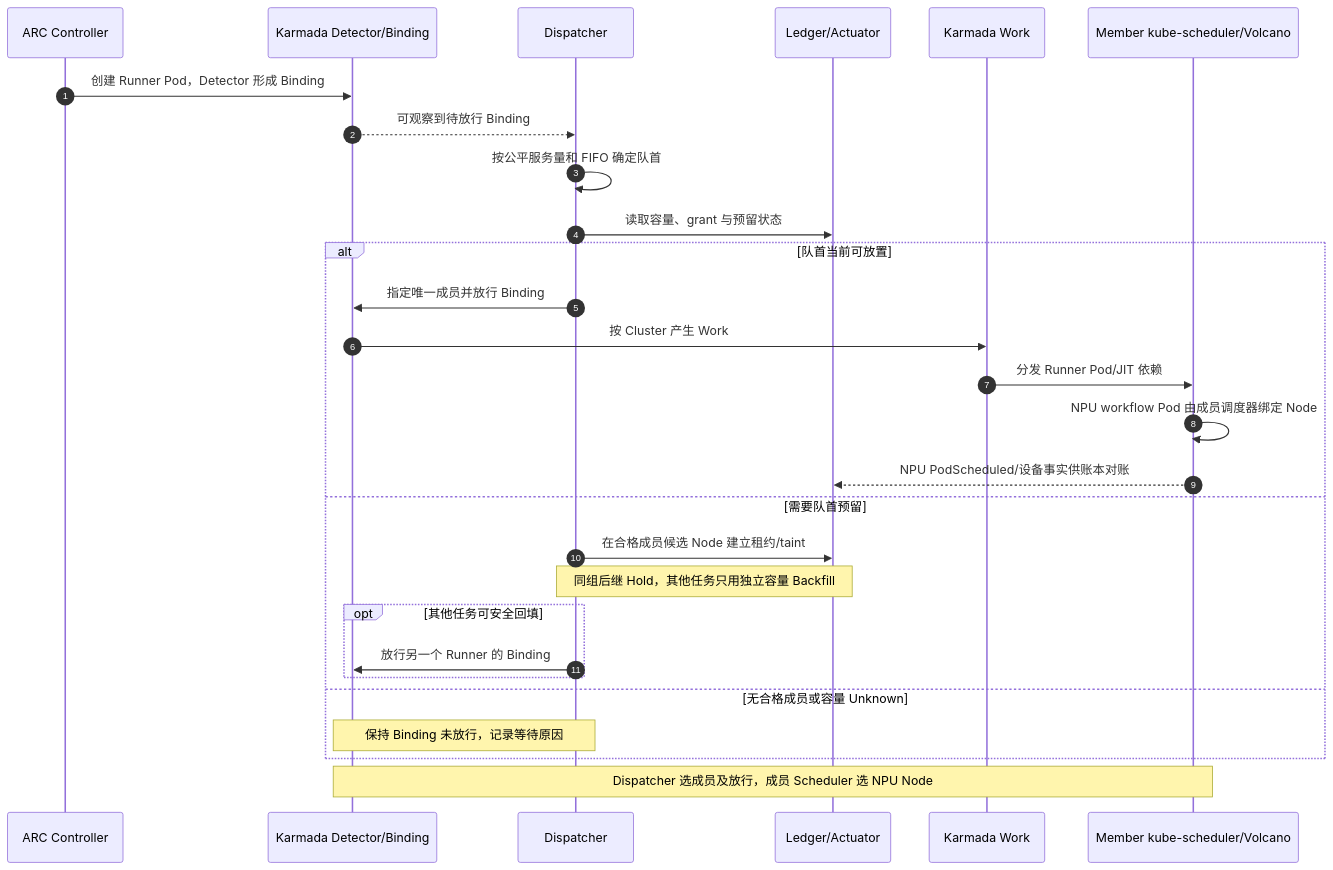
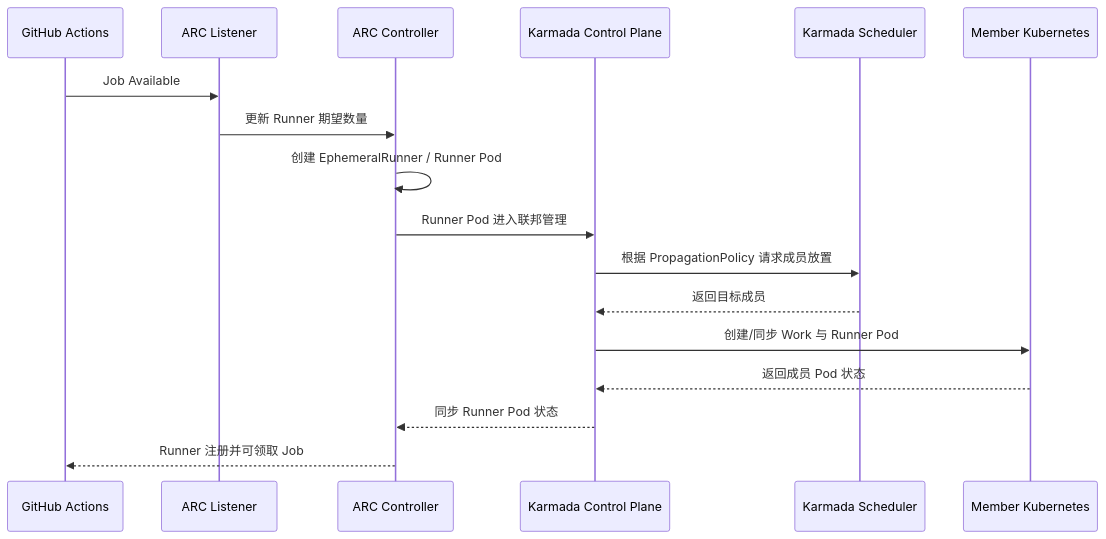
The eighth of 12 diagrams in docs/ASCEND-CI-FEDERATED-CLUSTER-FUNCTIONAL-DESIGN.md (pkking/arc-karmada-test), drawn with Mermaid before and after one commit. The commit also changed other lines of this file, not shown here.

````diff
--- a/docs/ASCEND-CI-FEDERATED-CLUSTER-FUNCTIONAL-DESIGN.md
+++ b/docs/ASCEND-CI-FEDERATED-CLUSTER-FUNCTIONAL-DESIGN.md
@@ -1038,30 +971,19 @@
 ```mermaid
 sequenceDiagram
-    autonumber
-    participant C as ARC Controller
-    participant K as Karmada Detector/Binding
-    participant D as Dispatcher
-    participant A as Ledger/Actuator
-    participant W as Karmada Work
-    participant M as Member kube-scheduler/Volcano
-    C->>K: 创建 Runner Pod，Detector 形成 Binding
-    K-->>D: 可观察到待放行 Binding
-    D->>D: 按公平服务量和 FIFO 确定队首
-    D->>A: 读取容量、grant 与预留状态
-    alt 队首当前可放置
-        D->>K: 指定唯一成员并放行 Binding
-        K->>W: 按 Cluster 产生 Work
-        W->>M: 分发 Runner Pod/JIT 依赖
-        M->>M: NPU workflow Pod 由成员调度器绑定 Node
-        M-->>A: NPU PodScheduled/设备事实供账本对账
-    else 需要队首预留
-        D->>A: 在合格成员候选 Node 建立租约/taint
-        Note over D,A: 同组后继 Hold，其他任务只用独立容量 Backfill
-        opt 其他任务可安全回填
-            D->>K: 放行另一个 Runner 的 Binding
-        end
-    else 无合格成员或容量 Unknown
-        Note over D,K: 保持 Binding 未放行，记录等待原因
-    end
-    Note over K,M: Dispatcher 选成员及放行，成员 Scheduler 选 NPU Node
+    participant GH as GitHub Actions
+    participant L as ARC Listener
+    participant A as ARC Controller
+    participant K as Karmada Control Plane
+    participant S as Karmada Scheduler
+    participant M as Member Kubernetes
+    GH->>L: Job Available
+    L->>A: 更新 Runner 期望数量
+    A->>A: 创建 EphemeralRunner / Runner Pod
+    A->>K: Runner Pod 进入联邦管理
+    K->>S: 根据 PropagationPolicy 请求成员放置
+    S-->>K: 返回目标成员
+    K->>M: 创建/同步 Work 与 Runner Pod
+    M-->>K: 返回成员 Pod 状态
+    K-->>A: 同步 Runner Pod 状态
+    A-->>GH: Runner 注册并可领取 Job
 ```
````
